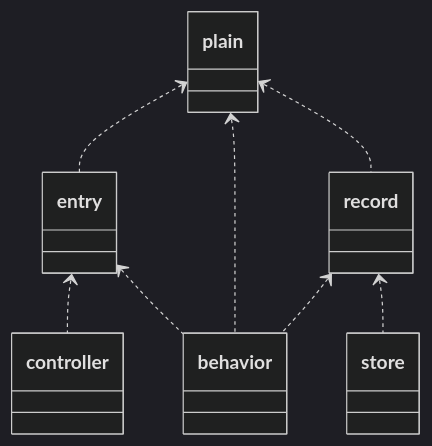
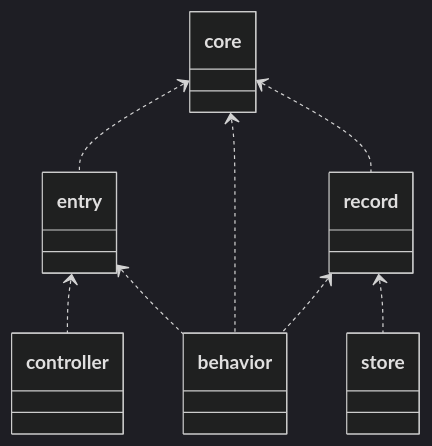
One commit to motojouya/ddd_go changed the diagram in docs/modules.md. Above: the diagram before and after it, drawn with Mermaid (dark theme). The commit also changed other lines of this file, not shown here.

Commit message:
rename plain to core

````diff
--- a/docs/modules.md
+++ b/docs/modules.md
@@ -93,19 +93,19 @@
 ```mermaid
 classDiagram
   class entry
-  class plain
-  plain <.. entry
+  class core
+  core <.. entry
   class record
-  plain <.. record
+  core <.. record
 
   class controller
   entry <.. controller
 
   class behavior
   entry <.. behavior
-  plain <.. behavior
+  core <.. behavior
   record <.. behavior
 
   class store
   record <.. store
 ```
````
